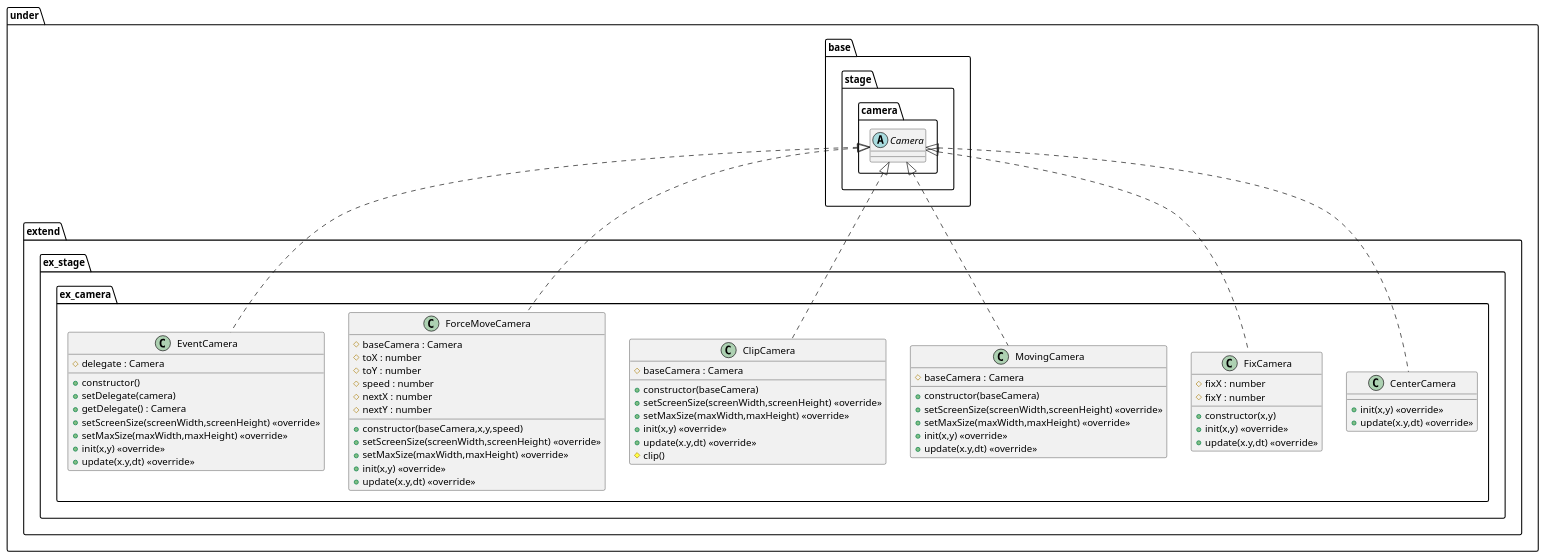
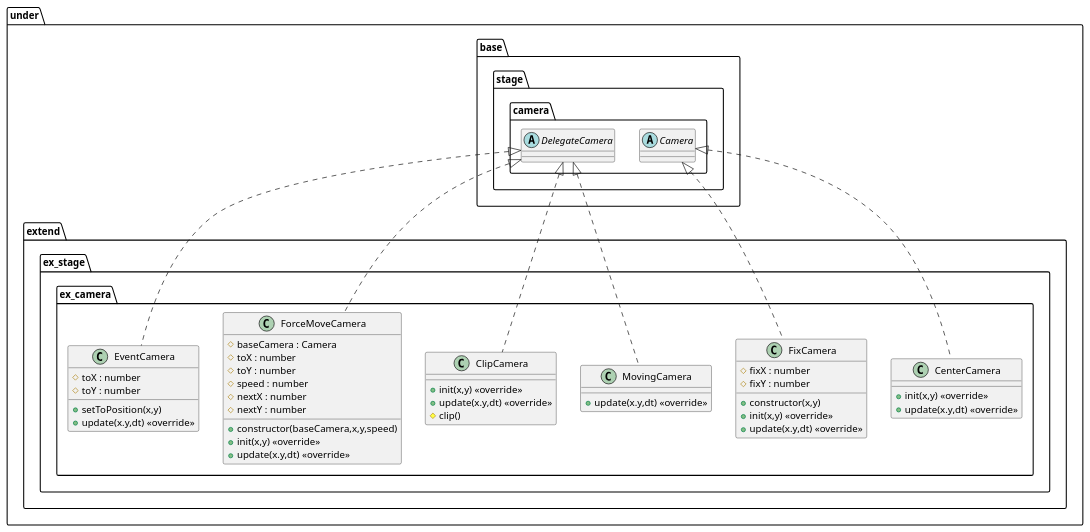
Before and after one commit to Expine/Under: the diagram in uml/stage/ExtendCamera.wsd, drawn with PlantUML. The commit also changed 26 other files, not shown here.

Commit message:
Fix stage event, implement delegate camera

```diff
--- a/uml/stage/ExtendCamera.wsd
+++ b/uml/stage/ExtendCamera.wsd
@@ -1,80 +1,66 @@
 @startuml StageExtendCamera
 package under {
     package extend {
         package ex_stage {
             package ex_camera {
                 class CenterCamera {
                     +init(x,y) <<override>>
                     +update(x.y,dt) <<override>>
                 }
                 class FixCamera {
                     +constructor(x,y)
                     #fixX : number
                     #fixY : number
                     +init(x,y) <<override>>
                     +update(x.y,dt) <<override>>
                 }
                 class MovingCamera {
-                    +constructor(baseCamera)
-                    #baseCamera : Camera
-                    +setScreenSize(screenWidth,screenHeight) <<override>>
-                    +setMaxSize(maxWidth,maxHeight) <<override>>
-                    +init(x,y) <<override>>
                     +update(x.y,dt) <<override>>
                 }
                 class ClipCamera {
-                    +constructor(baseCamera)
-                    #baseCamera : Camera
-                    +setScreenSize(screenWidth,screenHeight) <<override>>
-                    +setMaxSize(maxWidth,maxHeight) <<override>>
                     +init(x,y) <<override>>
                     +update(x.y,dt) <<override>>
                     #clip()
                 }
                 class ForceMoveCamera {
                     +constructor(baseCamera,x,y,speed)
                     #baseCamera : Camera
                     #toX : number
                     #toY : number
                     #speed : number
                     #nextX : number
                     #nextY : number
-                    +setScreenSize(screenWidth,screenHeight) <<override>>
-                    +setMaxSize(maxWidth,maxHeight) <<override>>
                     +init(x,y) <<override>>
                     +update(x.y,dt) <<override>>
                 }
                 class EventCamera {
-                    +constructor()
-                    #delegate : Camera
-                    +setDelegate(camera)
-                    +getDelegate() : Camera
-                    +setScreenSize(screenWidth,screenHeight) <<override>>
-                    +setMaxSize(maxWidth,maxHeight) <<override>>
-                    +init(x,y) <<override>>
+                    #toX : number
+                    #toY : number
+                    +setToPosition(x,y)
                     +update(x.y,dt) <<override>>
                 }
             }
 
         }
     }
 }
 
 package under {
     package base {
         package stage {
             package camera {
                 abstract Camera
+                abstract DelegateCamera
             }
         }
     }
 }
 
 Camera <|.. CenterCamera
 Camera <|.. FixCamera
-Camera <|.. MovingCamera
-Camera <|.. ClipCamera
-Camera <|.. ForceMoveCamera
-Camera <|.. EventCamera
+DelegateCamera <|.. MovingCamera
+DelegateCamera <|.. ClipCamera
+DelegateCamera <|.. ForceMoveCamera
+DelegateCamera <|.. EventCamera
 
 @enduml
```
